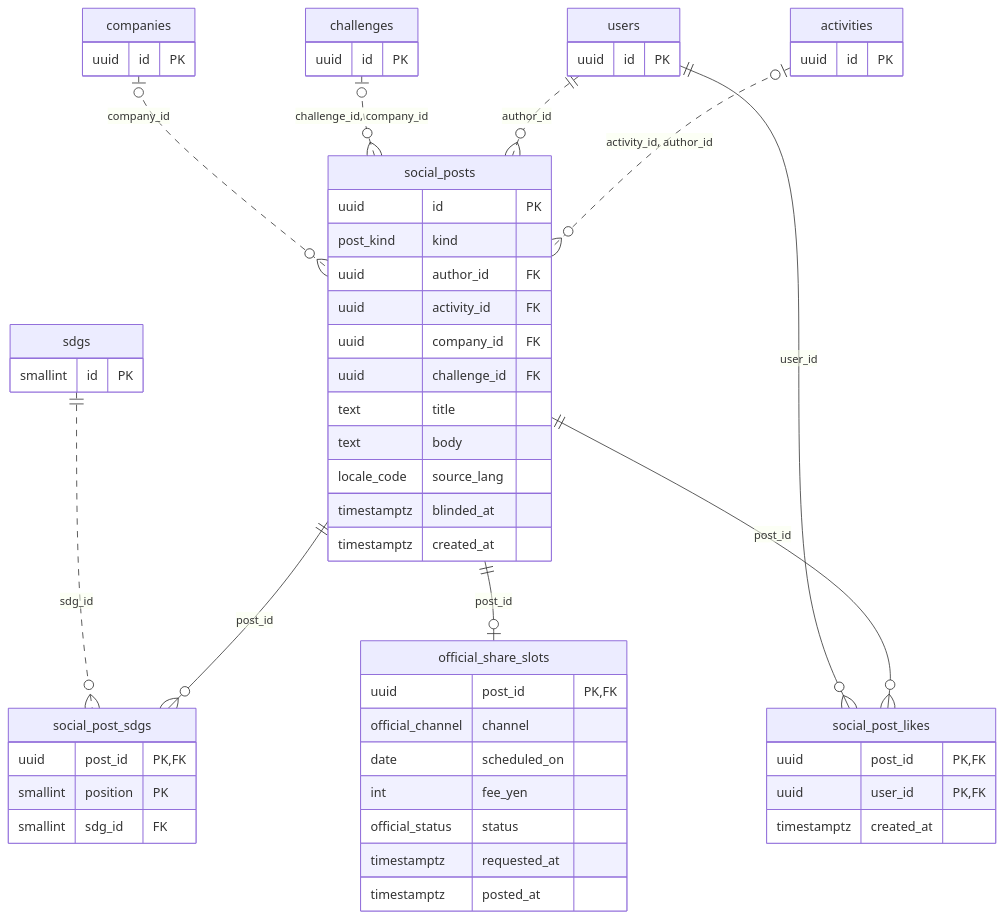
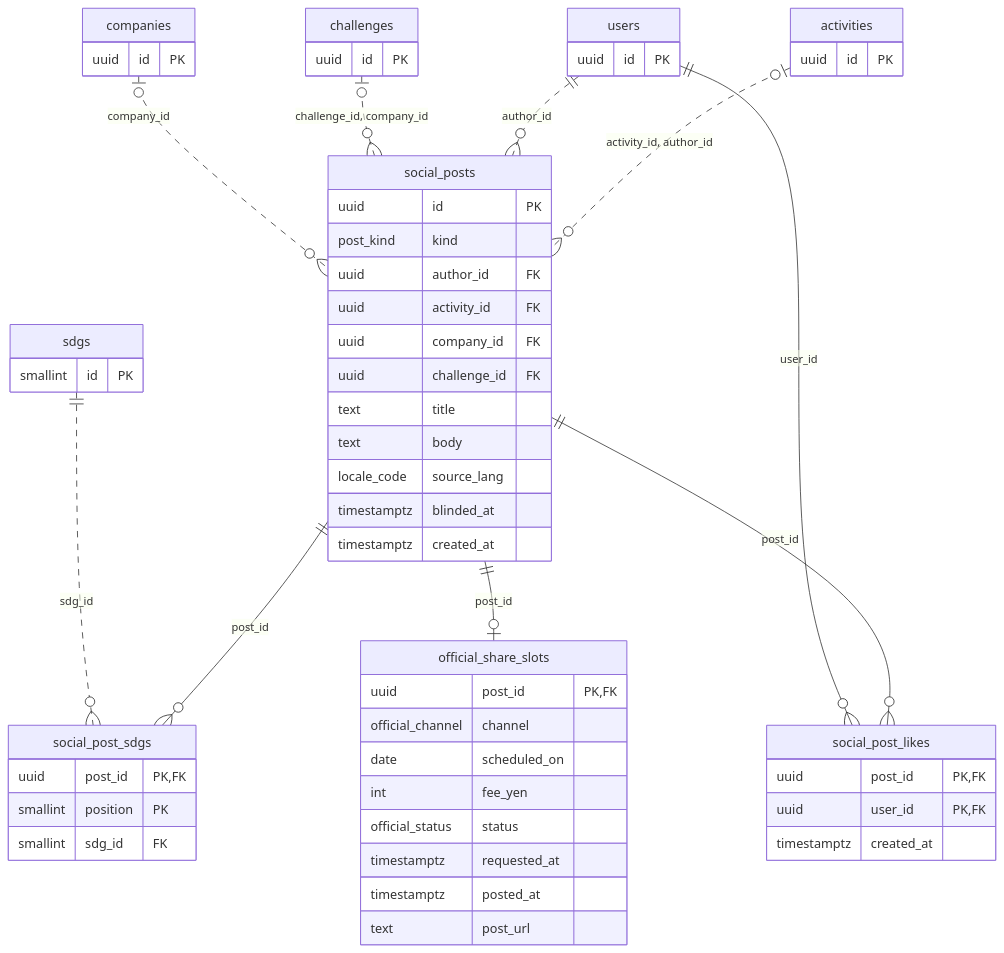
Before and after one commit to atome9797/sdgs-compass: the diagram in docs/erd/08-social.mmd, drawn with Mermaid. The commit also changed 32 other files, not shown here.

```diff
--- a/docs/erd/08-social.mmd
+++ b/docs/erd/08-social.mmd
@@ -1,57 +1,58 @@
 erDiagram
   social_posts {
     uuid id PK
     post_kind kind
     uuid author_id FK
     uuid activity_id FK
     uuid company_id FK
     uuid challenge_id FK
     text title
     text body
     locale_code source_lang
     timestamptz blinded_at
     timestamptz created_at
   }
   social_post_sdgs {
     uuid post_id PK, FK
     smallint position PK
     smallint sdg_id FK
   }
   social_post_likes {
     uuid post_id PK, FK
     uuid user_id PK, FK
     timestamptz created_at
   }
   official_share_slots {
     uuid post_id PK, FK
     official_channel channel
     date scheduled_on
     int fee_yen
     official_status status
     timestamptz requested_at
     timestamptz posted_at
+    text post_url
   }
   activities {
     uuid id PK
   }
   challenges {
     uuid id PK
   }
   companies {
     uuid id PK
   }
   sdgs {
     smallint id PK
   }
   users {
     uuid id PK
   }
   activities |o..o{ social_posts : "activity_id, author_id"
   users ||..o{ social_posts : "author_id"
   challenges |o..o{ social_posts : "challenge_id, company_id"
   companies |o..o{ social_posts : "company_id"
   social_posts ||--o{ social_post_sdgs : "post_id"
   sdgs ||..o{ social_post_sdgs : "sdg_id"
   social_posts ||--o{ social_post_likes : "post_id"
   users ||--o{ social_post_likes : "user_id"
   social_posts ||--o| official_share_slots : "post_id"
```
